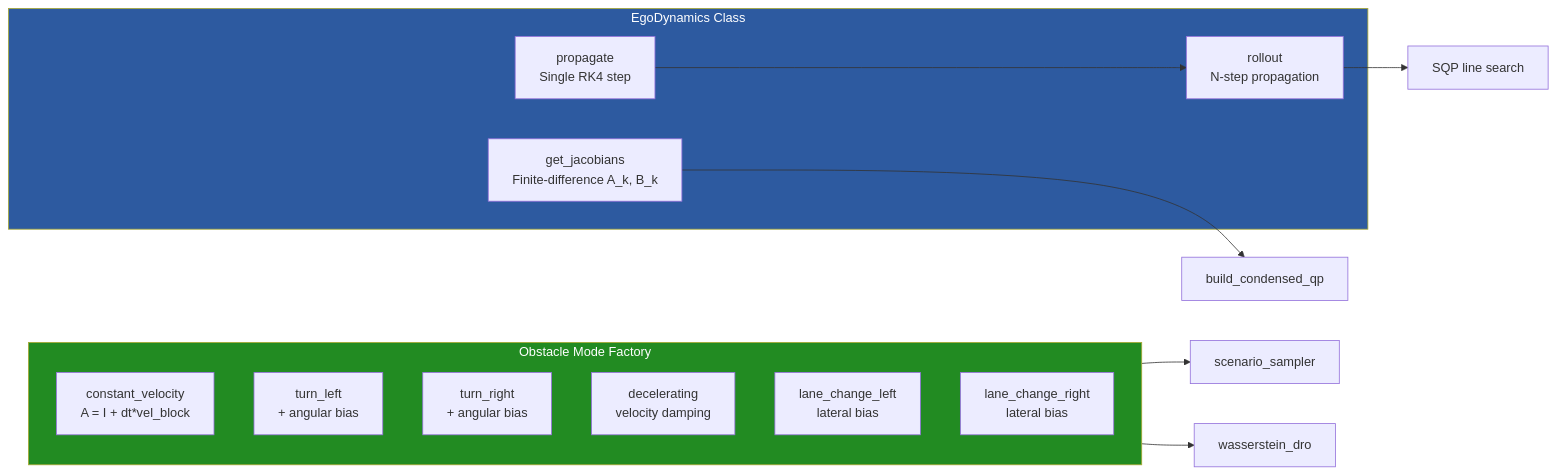
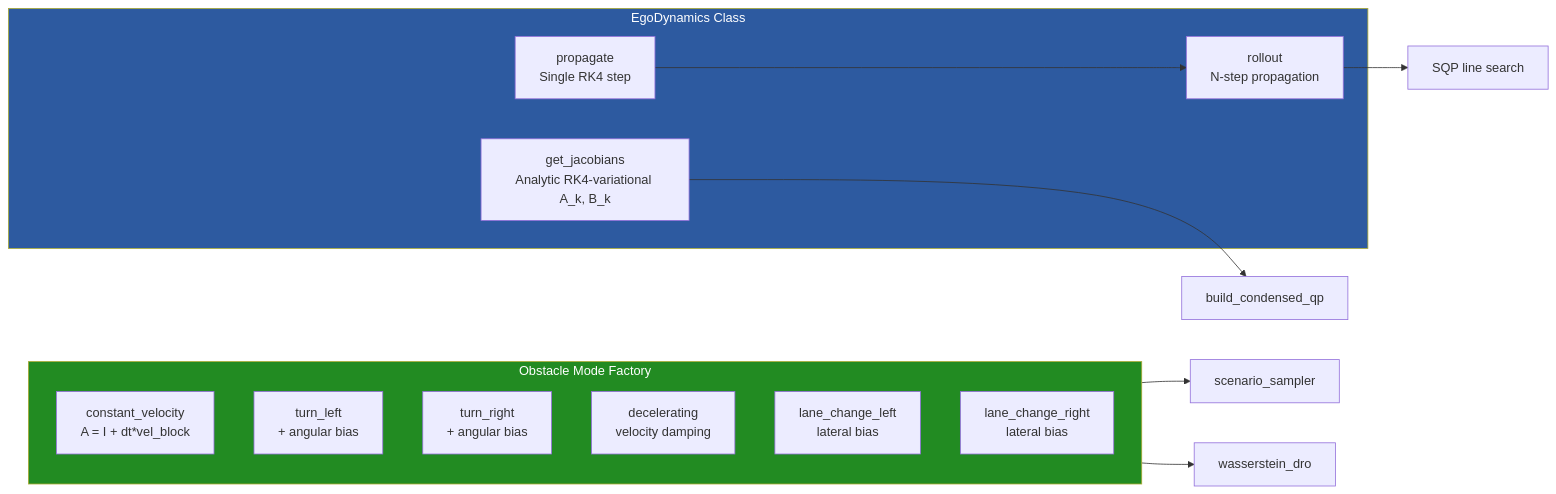
Before and after one commit to stephen-crawford/DRO_SHMPCC: the fifth of 20 diagrams in docs/OT_SHMPCC_REFERENCE.md, drawn with Mermaid. The commit also changed other lines of this file and 44 other files, not shown here.

````diff
--- a/docs/OT_SHMPCC_REFERENCE.md
+++ b/docs/OT_SHMPCC_REFERENCE.md
@@ -453,26 +453,26 @@
 ```mermaid
 flowchart LR
     subgraph EgoDynamics["EgoDynamics Class"]
         PROP[propagate<br/>Single RK4 step]
         ROLL[rollout<br/>N-step propagation]
-        JAC[get_jacobians<br/>Finite-difference A_k, B_k]
+        JAC[get_jacobians<br/>Analytic RK4-variational A_k, B_k]
     end
 
     subgraph ModeFactory["Obstacle Mode Factory"]
         CV[constant_velocity<br/>A = I + dt*vel_block]
         TL[turn_left<br/>+ angular bias]
         TR[turn_right<br/>+ angular bias]
         DEC[decelerating<br/>velocity damping]
         LCL[lane_change_left<br/>lateral bias]
         LCR[lane_change_right<br/>lateral bias]
     end
 
     PROP --> ROLL
     JAC --> BQP[build_condensed_qp]
     ROLL --> SQP[SQP line search]
     ModeFactory --> SS[scenario_sampler]
     ModeFactory --> DRO[wasserstein_dro]
 
     style EgoDynamics fill:#2d5aa0,color:#fff
     style ModeFactory fill:#228b22,color:#fff
 ```
````
